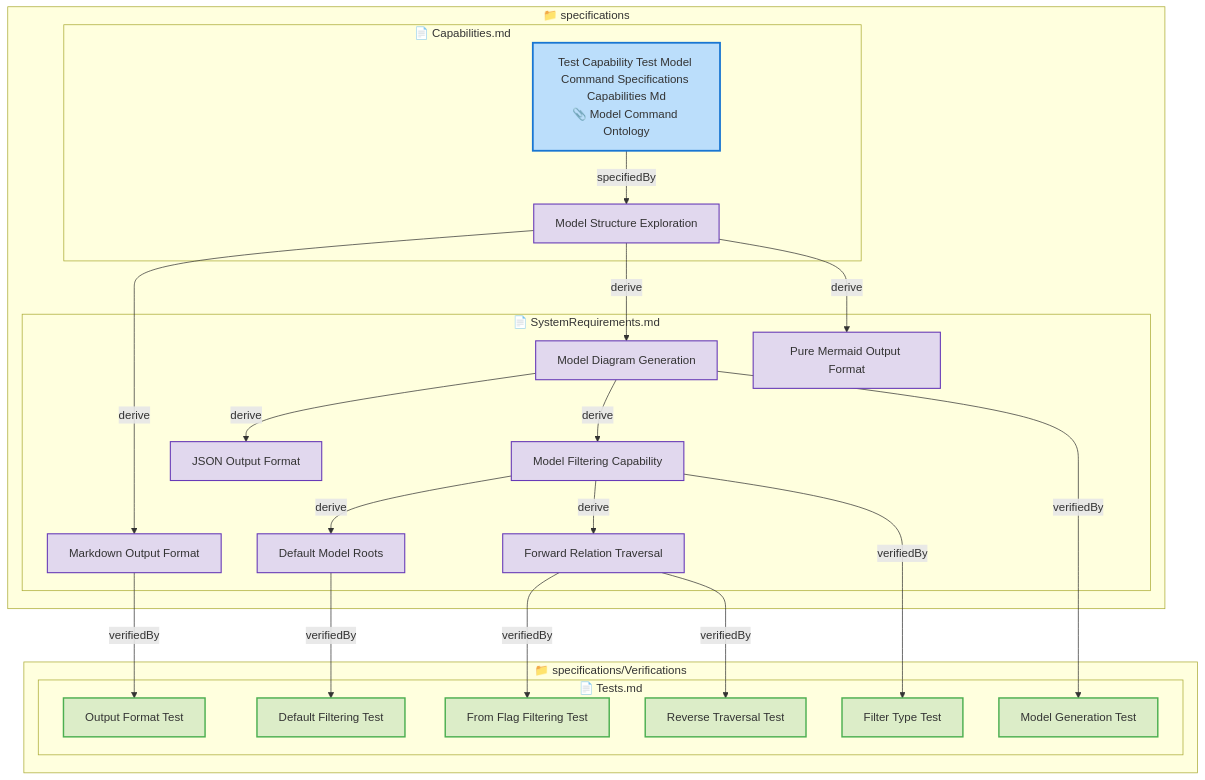
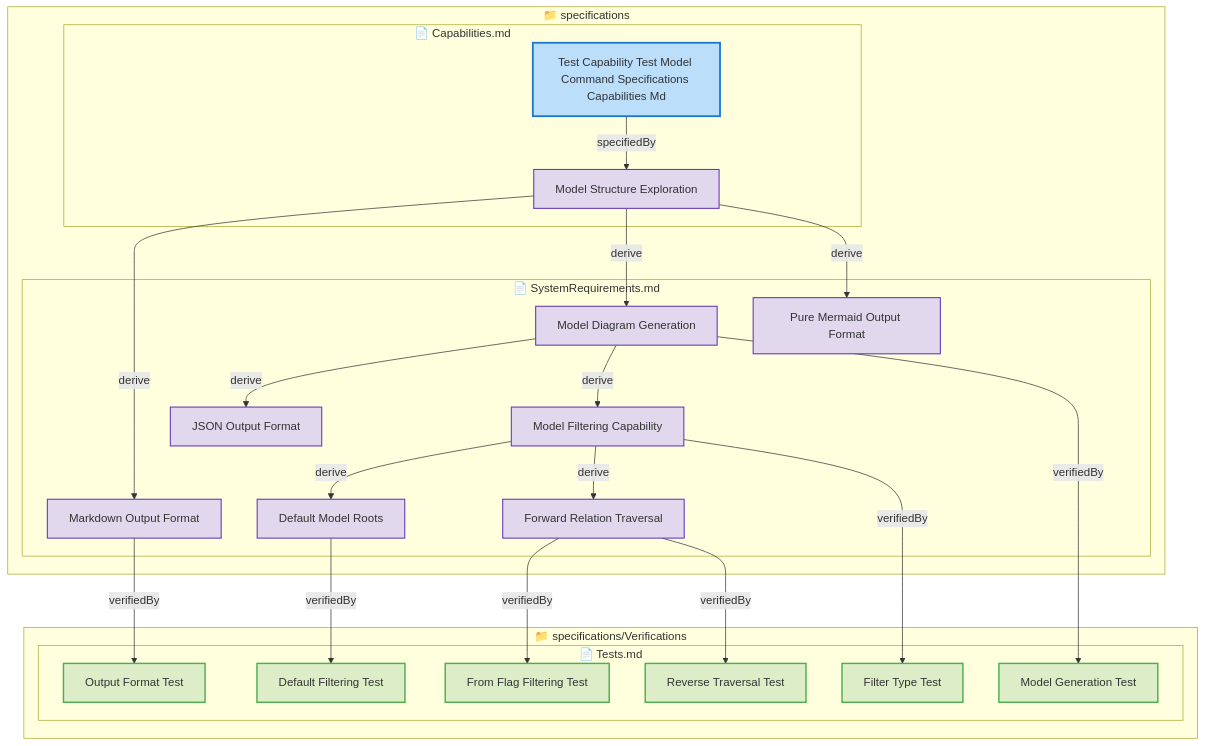
The diagram in tests/test-model-command/expected/expected_output.md (reqvire-org/reqvire), drawn with Mermaid before and after one commit. The commit also changed 108 other files, not shown here.

````diff
--- a/tests/test-model-command/expected/expected_output.md
+++ b/tests/test-model-command/expected/expected_output.md
@@ -15,81 +15,81 @@
 ```mermaid
 graph TD
   classDef capability fill:#BBDEFB,stroke:#1976D2,stroke-width:2.5px;
   classDef systemRequirement fill:#E1D8EE,stroke:#673AB7,stroke-width:1.5px;
   classDef ontology fill:#F4E3A1,stroke:#B08A00,stroke-width:2px;
   classDef verification fill:#DCEDC8,stroke:#4CAF50,stroke-width:2px;
   classDef default fill:#F5F5F5,stroke:#424242,stroke-width:1.5px;
 
   classDef folder fill:#FAFAFA,stroke:#9E9E9E,stroke-width:3px;
   classDef file fill:#FFF8E1,stroke:#FFCA28,stroke-width:2px;
 
   subgraph 9d68b769fcbc79d0["📁 specifications"]
     subgraph afe26fd45621e6a["📄 Capabilities.md"]
       458b8fd2c32e6014["Model Structure Exploration"];
       class 458b8fd2c32e6014 systemRequirement;
       click 458b8fd2c32e6014 "specifications/Capabilities.md#model-structure-exploration";
-      8c7466173ee6b05d["Test Capability Test Model Command Specifications Capabilities Md<br/>📎 Model Command Ontology"];
+      8c7466173ee6b05d["Test Capability Test Model Command Specifications Capabilities Md"];
       class 8c7466173ee6b05d capability;
       click 8c7466173ee6b05d "specifications/Capabilities.md#test-capability-test-model-command-specifications-capabilities-md";
     end
     subgraph 77808752d543f615["📄 SystemRequirements.md"]
       f352ca56d3ce0fdd["Default Model Roots"];
       class f352ca56d3ce0fdd systemRequirement;
       click f352ca56d3ce0fdd "specifications/SystemRequirements.md#default-model-roots";
       f7eb2f9d9cd7bb11["Forward Relation Traversal"];
       class f7eb2f9d9cd7bb11 systemRequirement;
       click f7eb2f9d9cd7bb11 "specifications/SystemRequirements.md#forward-relation-traversal";
       5abb4a3caae293d9["JSON Output Format"];
       class 5abb4a3caae293d9 systemRequirement;
       click 5abb4a3caae293d9 "specifications/SystemRequirements.md#json-output-format";
       25879bdc5e196bec["Markdown Output Format"];
       class 25879bdc5e196bec systemRequirement;
       click 25879bdc5e196bec "specifications/SystemRequirements.md#markdown-output-format";
       b7ec4bb3813f1dea["Model Diagram Generation"];
       class b7ec4bb3813f1dea systemRequirement;
       click b7ec4bb3813f1dea "specifications/SystemRequirements.md#model-diagram-generation";
       836c732a54d7f48f["Model Filtering Capability"];
       class 836c732a54d7f48f systemRequirement;
       click 836c732a54d7f48f "specifications/SystemRequirements.md#model-filtering-capability";
       28d69f5dca868721["Pure Mermaid Output Format"];
       class 28d69f5dca868721 systemRequirement;
       click 28d69f5dca868721 "specifications/SystemRequirements.md#pure-mermaid-output-format";
     end
   end
   subgraph 9f0649e759bd2822["📁 specifications/Verifications"]
     subgraph 7d9dffd79ed1d5b8["📄 Tests.md"]
       a2368d1b4b67f0d7["Default Filtering Test"];
       class a2368d1b4b67f0d7 verification;
       click a2368d1b4b67f0d7 "specifications/Verifications/Tests.md#default-filtering-test";
       bbd610799ac8e00f["Filter Type Test"];
       class bbd610799ac8e00f verification;
       click bbd610799ac8e00f "specifications/Verifications/Tests.md#filter-type-test";
       293200814c46cd0d["From Flag Filtering Test"];
       class 293200814c46cd0d verification;
       click 293200814c46cd0d "specifications/Verifications/Tests.md#from-flag-filtering-test";
       6e0e2613c4bfcfcb["Model Generation Test"];
       class 6e0e2613c4bfcfcb verification;
       click 6e0e2613c4bfcfcb "specifications/Verifications/Tests.md#model-generation-test";
       2f7b3b3deb29891d["Output Format Test"];
       class 2f7b3b3deb29891d verification;
       click 2f7b3b3deb29891d "specifications/Verifications/Tests.md#output-format-test";
       fb891ab92c9824aa["Reverse Traversal Test"];
       class fb891ab92c9824aa verification;
       click fb891ab92c9824aa "specifications/Verifications/Tests.md#reverse-traversal-test";
     end
   end
   8c7466173ee6b05d -->|specifiedBy| 458b8fd2c32e6014;
   458b8fd2c32e6014 -->|derive| 25879bdc5e196bec;
   25879bdc5e196bec -->|verifiedBy| 2f7b3b3deb29891d;
   458b8fd2c32e6014 -->|derive| b7ec4bb3813f1dea;
   b7ec4bb3813f1dea -->|derive| 5abb4a3caae293d9;
   b7ec4bb3813f1dea -->|derive| 836c732a54d7f48f;
   836c732a54d7f48f -->|derive| f352ca56d3ce0fdd;
   f352ca56d3ce0fdd -->|verifiedBy| a2368d1b4b67f0d7;
   836c732a54d7f48f -->|derive| f7eb2f9d9cd7bb11;
   f7eb2f9d9cd7bb11 -->|verifiedBy| 293200814c46cd0d;
   f7eb2f9d9cd7bb11 -->|verifiedBy| fb891ab92c9824aa;
   836c732a54d7f48f -->|verifiedBy| bbd610799ac8e00f;
   b7ec4bb3813f1dea -->|verifiedBy| 6e0e2613c4bfcfcb;
   458b8fd2c32e6014 -->|derive| 28d69f5dca868721;
 ```
````
